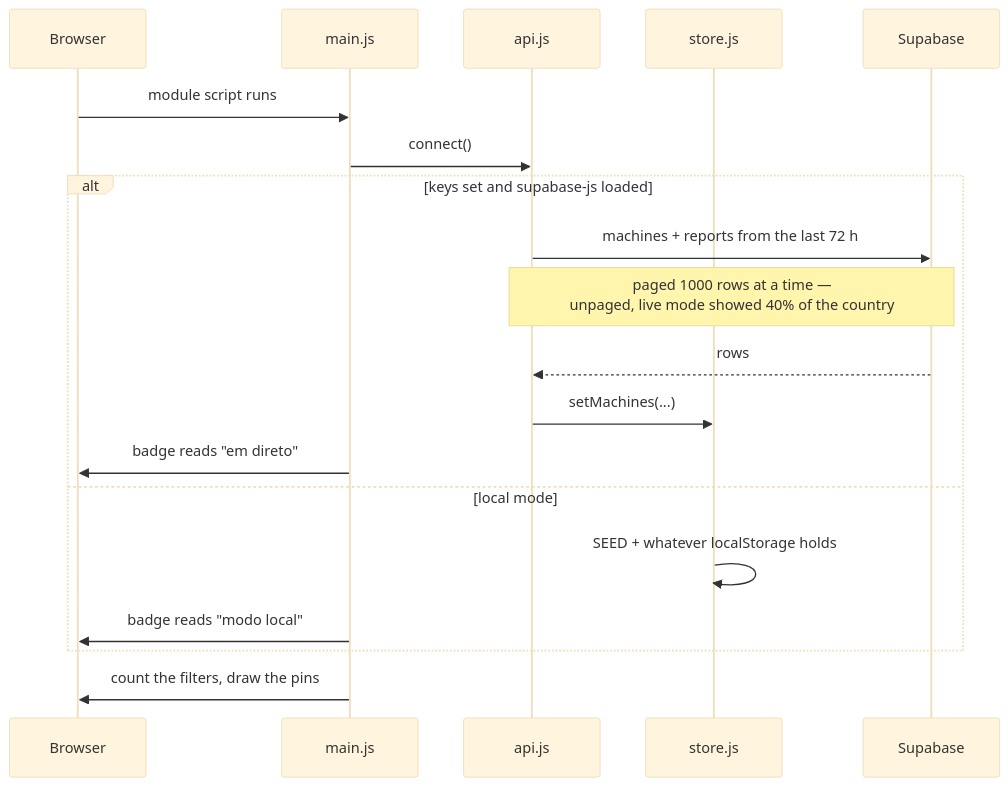
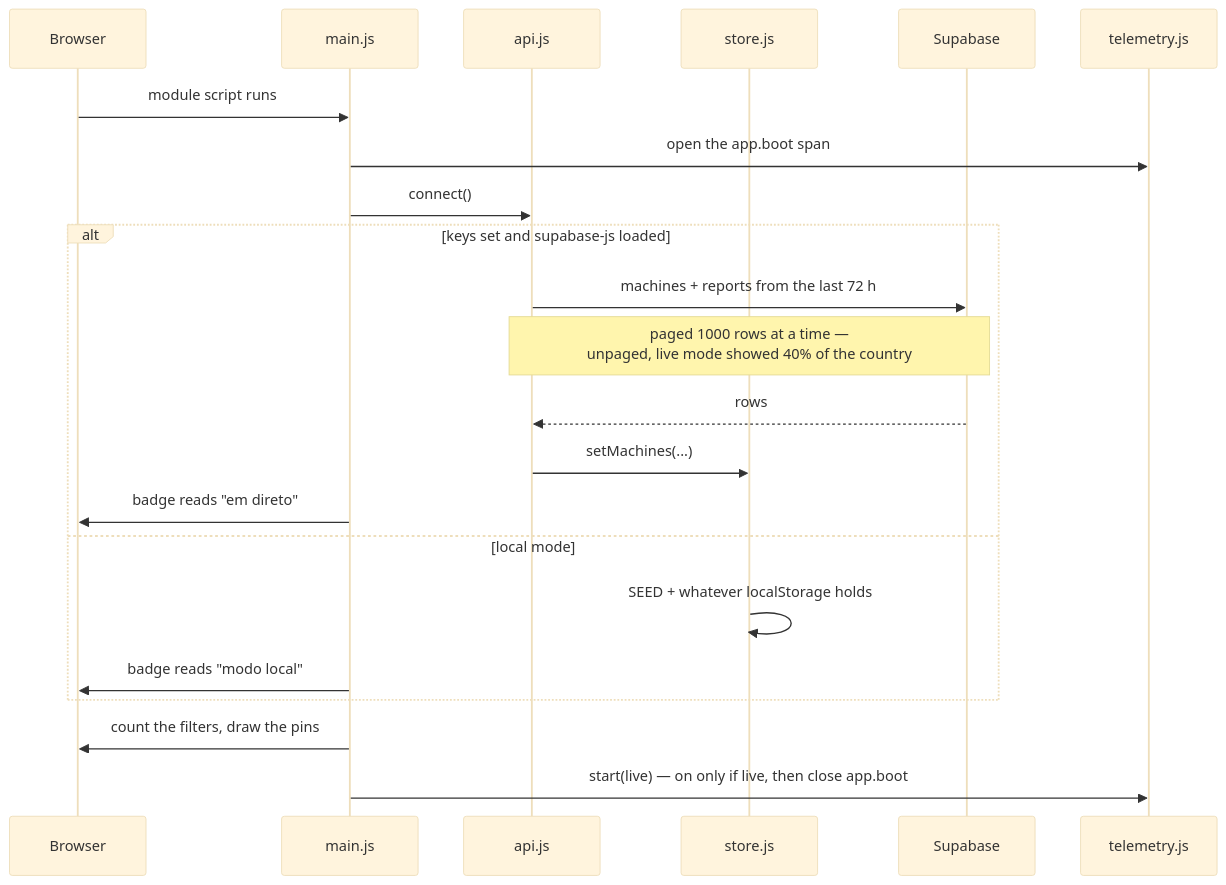
One commit to isabelhdias/voltacheck changed the third of 8 diagrams in docs/diagrams.md. Above: the diagram before and after it, drawn with Mermaid (base theme). The commit also changed other lines of this file and 15 other files, not shown here.

````diff
--- a/docs/diagrams.md
+++ b/docs/diagrams.md
@@ -62,22 +70,26 @@
 ```mermaid
 sequenceDiagram
   participant B as Browser
   participant M as main.js
   participant A as api.js
   participant S as store.js
   participant DB as Supabase
 
+  participant T as telemetry.js
+
   B->>M: module script runs
+  M->>T: open the app.boot span
   M->>A: connect()
   alt keys set and supabase-js loaded
     A->>DB: machines + reports from the last 72 h
     Note over A,DB: paged 1000 rows at a time —<br/>unpaged, live mode showed 40% of the country
     DB-->>A: rows
     A->>S: setMachines(...)
     M->>B: badge reads "em direto"
   else local mode
     S->>S: SEED + whatever localStorage holds
     M->>B: badge reads "modo local"
   end
   M->>B: count the filters, draw the pins
+  M->>T: start(live) — on only if live, then close app.boot
 ```
````
